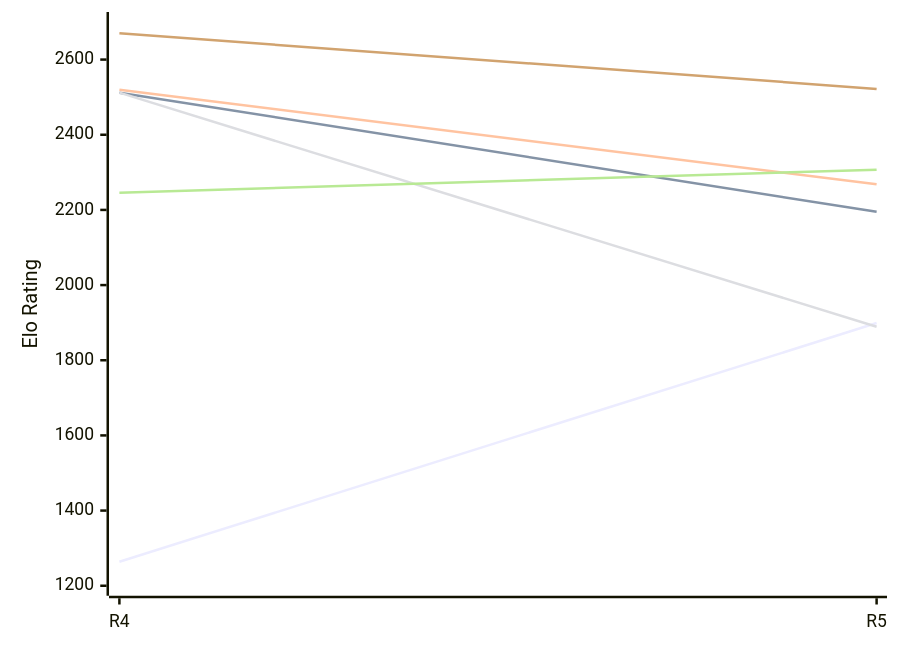
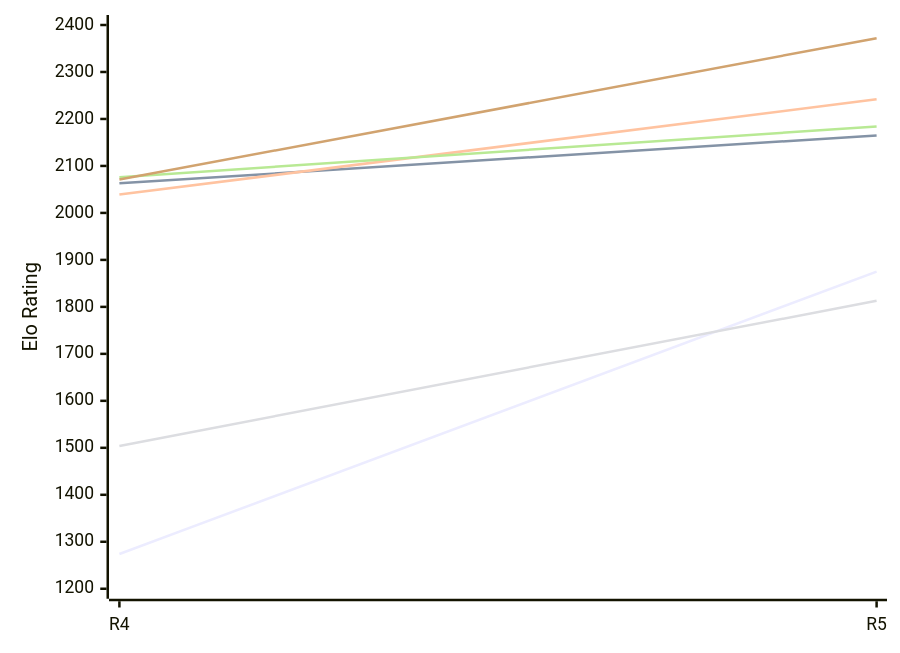
The first of 2 diagrams in engines/Viking.md (computer-chess-index/cci), drawn with Mermaid before and after one commit. The commit also changed other lines of this file, not shown here.

Commit message:
Update CCI Ratings (ELO VLTC) - 2026-11-13

````diff
--- a/engines/Viking.md
+++ b/engines/Viking.md
@@ -50,12 +50,12 @@
 ```mermaid
 %%{init: {"theme":"base","themeVariables":{"seriesColors:['#a3a3a3','#222221','#faa371']}}}%%
 xychart-beta
   x-axis ["R4", "R5"]
-  y-axis "Elo Rating" 1200 --> 2700
-  line "E1: STC (8.0+0.08s)" [1264, 1899]
-  line "E1: LTC (60.0+0.60s)" [2512, 2195]
-  line "E1: VLTC (2m24s+1.12s)" [2520, 2268]
-  line "P1: STC (8.0+0.08s)" [2512, 1889]
-  line "P1: LTC (60.0+0.60s)" [2246, 2307]
-  line "P1: VLTC (2m24s+1.12s)" [2670, 2522]
+  y-axis "Elo Rating" 1200 --> 2400
+  line "E1: STC (8.0+0.08s)" [1274, 1875]
+  line "E1: LTC (60.0+0.60s)" [2063, 2165]
+  line "E1: VLTC (2m24s+1.12s)" [2039, 2242]
+  line "P1: STC (8.0+0.08s)" [1504, 1813]
+  line "P1: LTC (60.0+0.60s)" [2076, 2184]
+  line "P1: VLTC (2m24s+1.12s)" [2071, 2372]
 ```
````
